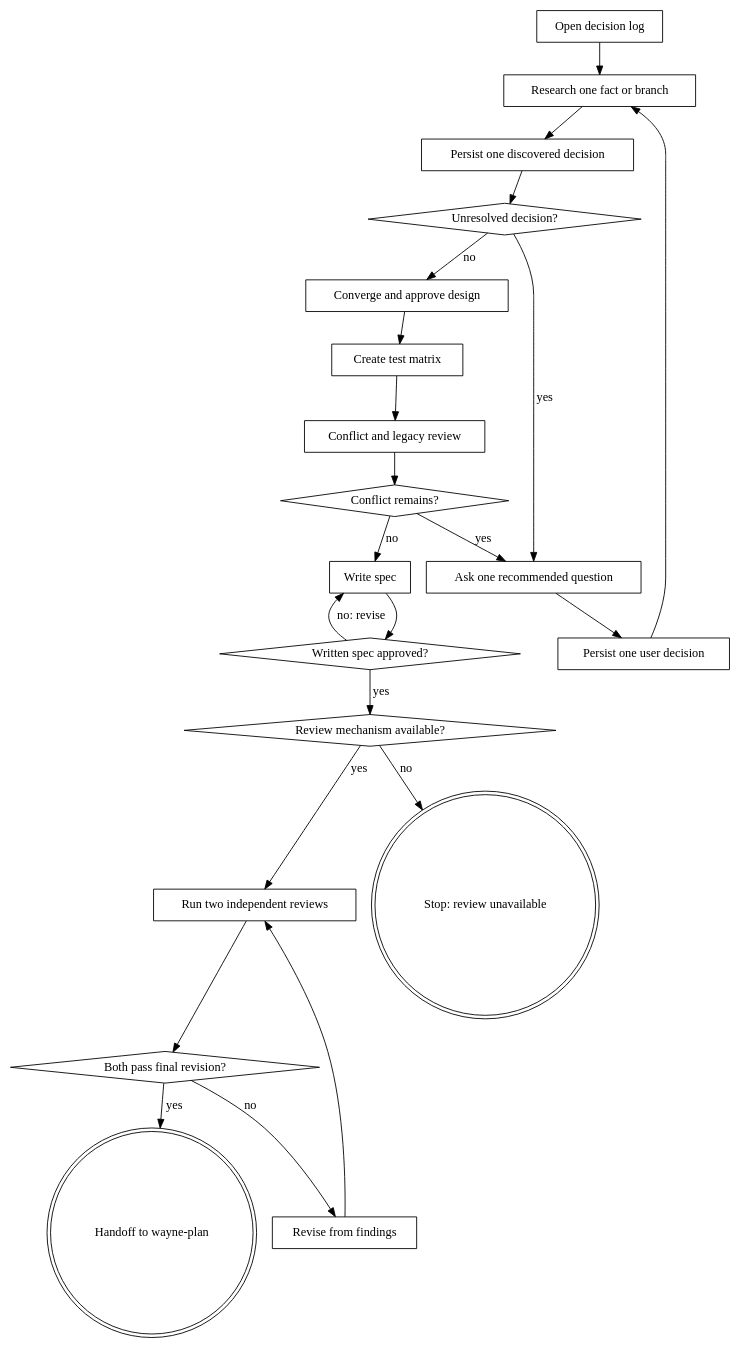
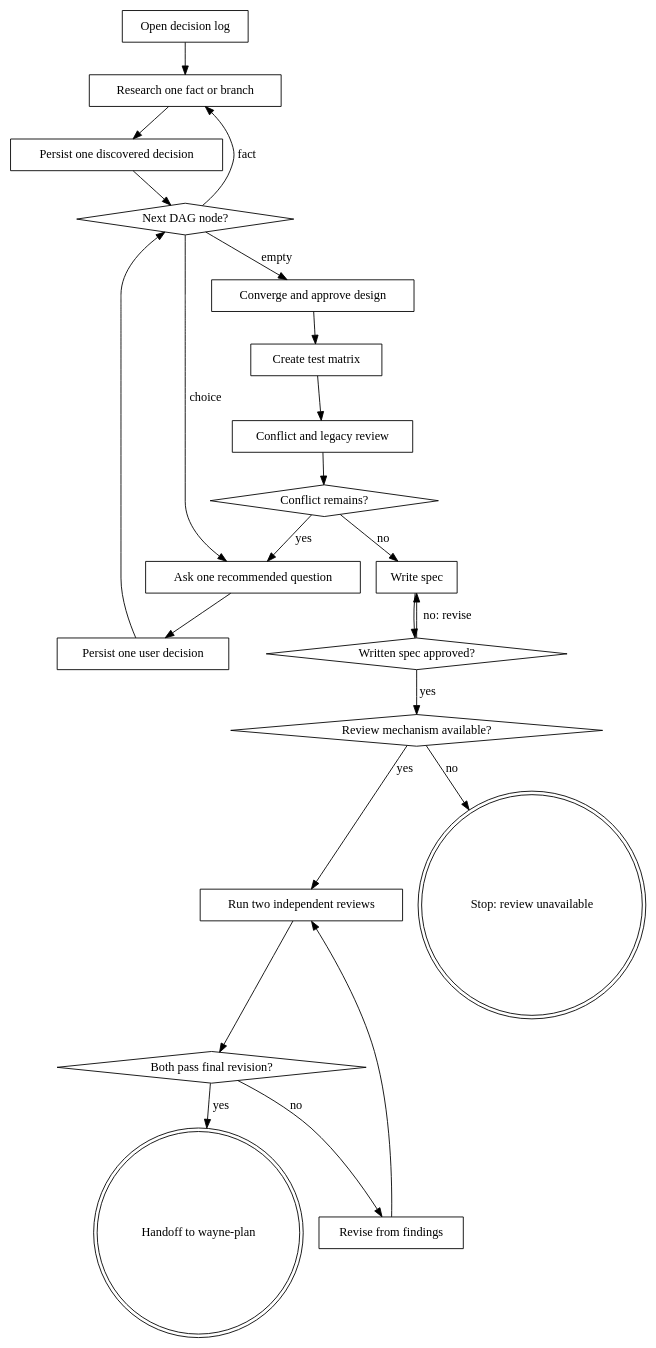
The diagram in wayne-mind-explode/SKILL.md (waynejing995/wayne-taste), drawn with Graphviz before and after one commit. The commit also changed other lines of this file and 26 other files, not shown here.

First line of the commit message:
fix:/wayne-mind-explode - restore durable decision DAG

````diff
--- a/wayne-mind-explode/SKILL.md
+++ b/wayne-mind-explode/SKILL.md
@@ -27,45 +31,46 @@
 ```dot
 digraph mind_explode {
     rankdir=TB;
     A [label="Open decision log", shape=box];
     B [label="Research one fact or branch", shape=box];
     P [label="Persist one discovered decision", shape=box];
-    C [label="Unresolved decision?", shape=diamond];
+    C [label="Next DAG node?", shape=diamond];
     D [label="Ask one recommended question", shape=box];
     Q [label="Persist one user decision", shape=box];
     E [label="Converge and approve design", shape=box];
     F [label="Create test matrix", shape=box];
     G [label="Conflict and legacy review", shape=box];
     H [label="Conflict remains?", shape=diamond];
     I [label="Write spec", shape=box];
     V [label="Written spec approved?", shape=diamond];
     J [label="Run two independent reviews", shape=box];
     K [label="Both pass final revision?", shape=diamond];
     R [label="Revise from findings", shape=box];
     U [label="Review mechanism available?", shape=diamond];
     X [label="Stop: review unavailable", shape=doublecircle];
     L [label="Handoff to wayne-plan", shape=doublecircle];
 
     A -> B;
     B -> P;
     P -> C;
-    C -> D [label="yes"];
+    C -> B [label="fact"];
+    C -> D [label="choice"];
     D -> Q;
-    Q -> B;
-    C -> E [label="no"];
+    Q -> C;
+    C -> E [label="empty"];
     E -> F;
     F -> G;
     G -> H;
     H -> D [label="yes"];
     H -> I [label="no"];
     I -> V;
     V -> I [label="no: revise"];
     V -> U [label="yes"];
     U -> J [label="yes"];
     U -> X [label="no"];
     J -> K;
     K -> R [label="no"];
     R -> J;
     K -> L [label="yes"];
 }
 ```
````
